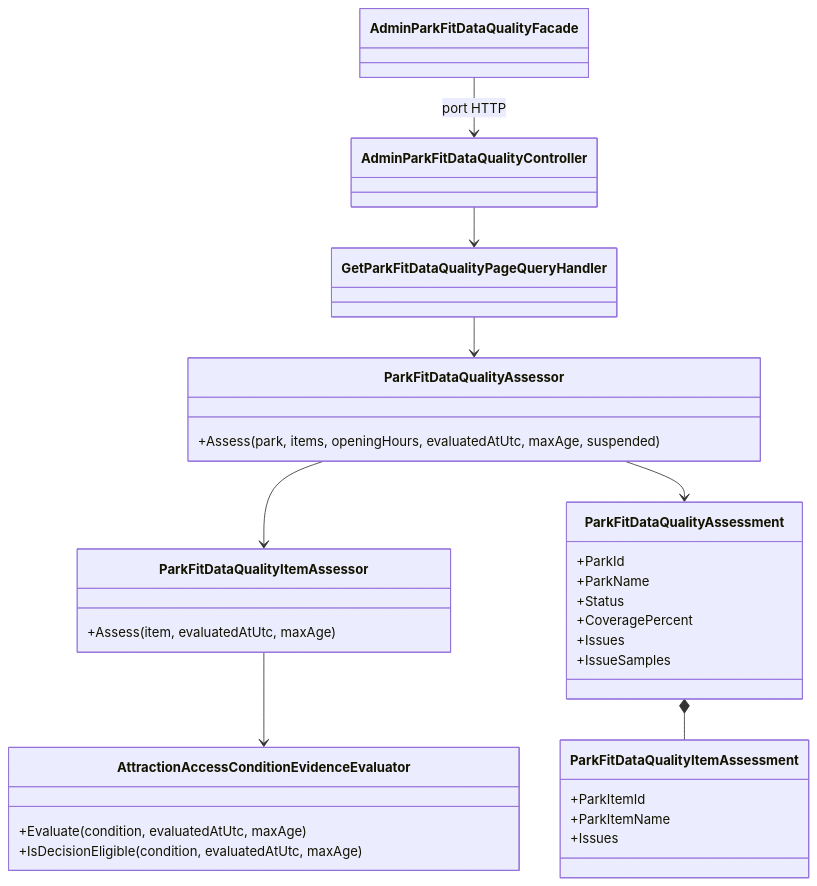
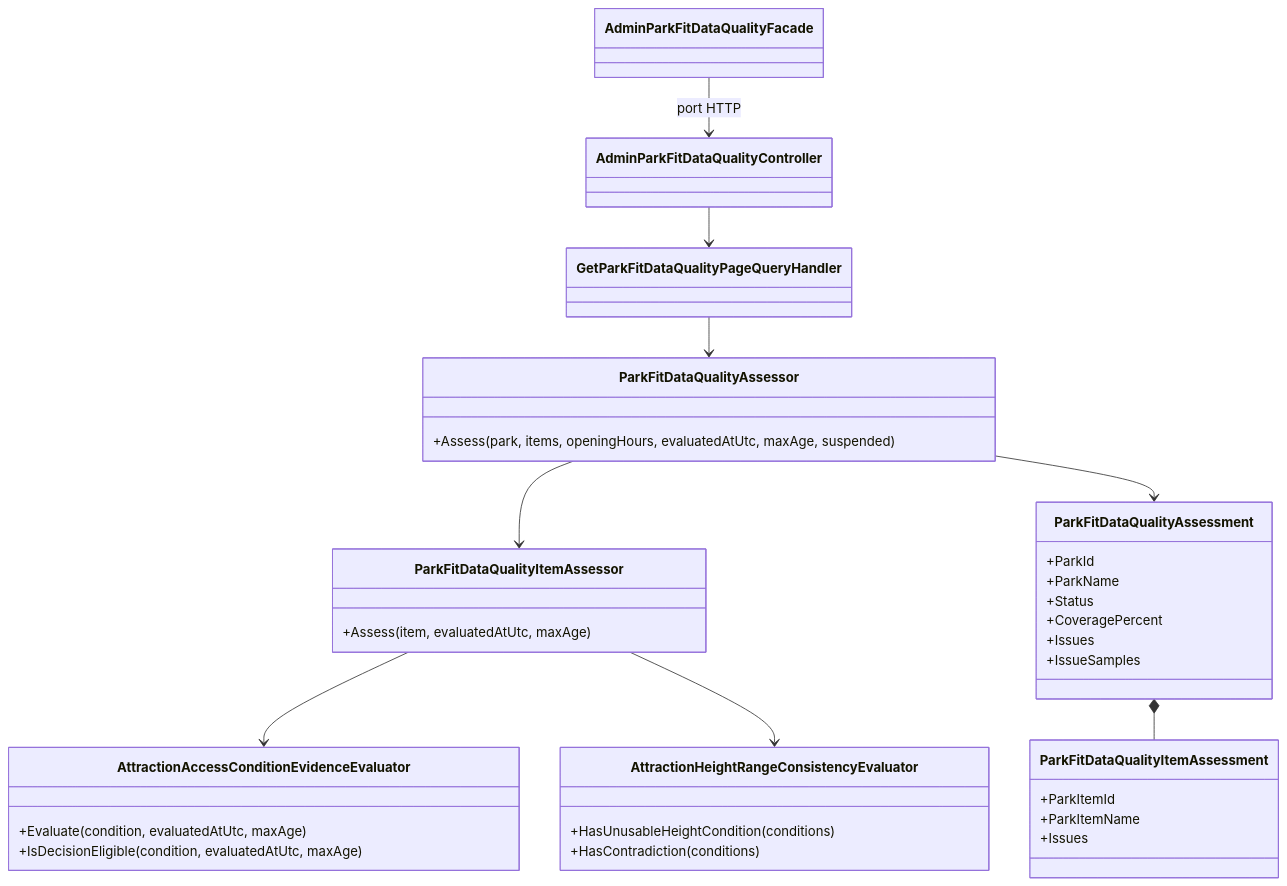
Before and after one commit to Ced59/AmusementParkProject: the second of 3 diagrams in docs/architecture/product-growth-fit-03-data-quality-audit-2026-09-14.md, drawn with Mermaid. The commit also changed other lines of this file and 3 other files, not shown here.

Commit message:
fix(fit): compare compatible normalized height ranges

````diff
--- a/docs/architecture/product-growth-fit-03-data-quality-audit-2026-09-14.md
+++ b/docs/architecture/product-growth-fit-03-data-quality-audit-2026-09-14.md
@@ -67,37 +73,42 @@
 ```mermaid
 classDiagram
     class ParkFitDataQualityAssessor {
         +Assess(park, items, openingHours, evaluatedAtUtc, maxAge, suspended)
     }
     class ParkFitDataQualityAssessment {
         +ParkId
         +ParkName
         +Status
         +CoveragePercent
         +Issues
         +IssueSamples
     }
     class ParkFitDataQualityItemAssessor {
         +Assess(item, evaluatedAtUtc, maxAge)
+    }
+    class AttractionHeightRangeConsistencyEvaluator {
+        +HasUnusableHeightCondition(conditions)
+        +HasContradiction(conditions)
     }
     class ParkFitDataQualityItemAssessment {
         +ParkItemId
         +ParkItemName
         +Issues
     }
     class AttractionAccessConditionEvidenceEvaluator {
         +Evaluate(condition, evaluatedAtUtc, maxAge)
         +IsDecisionEligible(condition, evaluatedAtUtc, maxAge)
     }
     class GetParkFitDataQualityPageQueryHandler
     class AdminParkFitDataQualityController
     class AdminParkFitDataQualityFacade
 
     GetParkFitDataQualityPageQueryHandler --> ParkFitDataQualityAssessor
     ParkFitDataQualityAssessor --> ParkFitDataQualityItemAssessor
     ParkFitDataQualityItemAssessor --> AttractionAccessConditionEvidenceEvaluator
+    ParkFitDataQualityItemAssessor --> AttractionHeightRangeConsistencyEvaluator
     ParkFitDataQualityAssessor --> ParkFitDataQualityAssessment
     ParkFitDataQualityAssessment *-- ParkFitDataQualityItemAssessment
     AdminParkFitDataQualityController --> GetParkFitDataQualityPageQueryHandler
     AdminParkFitDataQualityFacade --> AdminParkFitDataQualityController : port HTTP
 ```
````
